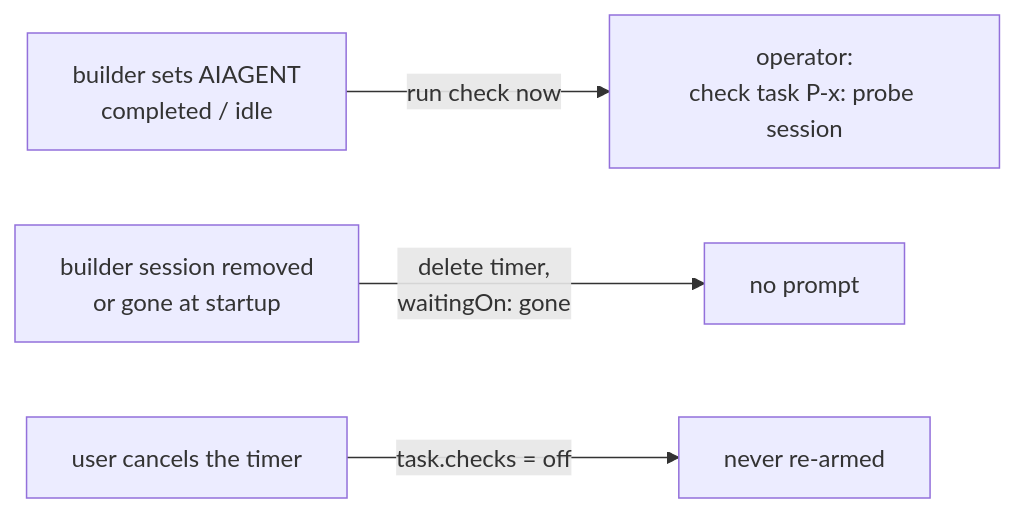
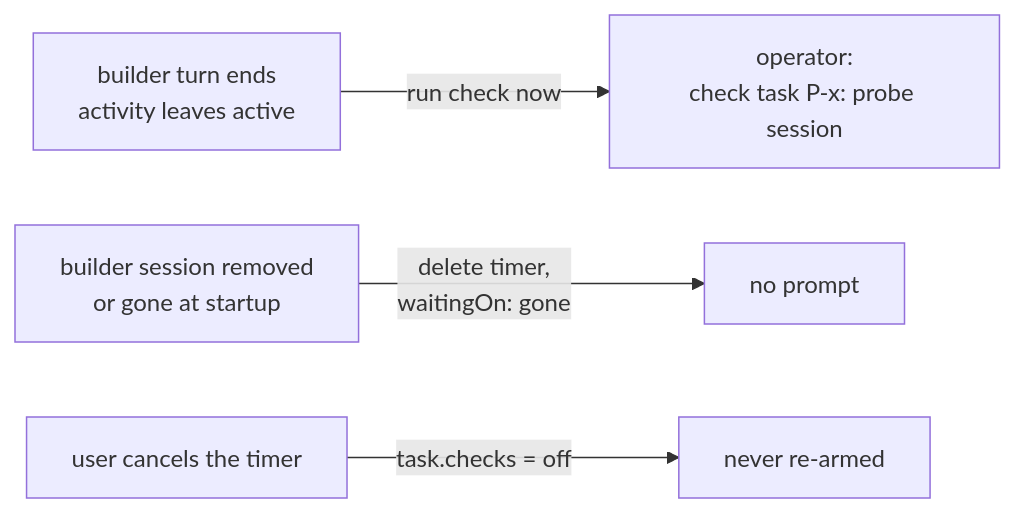
One commit to PetePeter/helm changed diagram 14 of 15 in docs/voice-operator.md. Above: the diagram before and after it, drawn with Mermaid. The commit also changed 59 other files, not shown here.

First line of the commit message:
refactor: remove AIAGENT state; turn-ended activity drives alerts

````diff
--- a/docs/voice-operator.md
+++ b/docs/voice-operator.md
@@ -678,6 +678,6 @@
 ```mermaid
 graph LR
-    B[builder sets AIAGENT<br/>completed / idle] -->|run check now| O[operator:<br/>check task P-x: probe session]
+    B[builder turn ends<br/>activity leaves active] -->|run check now| O[operator:<br/>check task P-x: probe session]
     R[builder session removed<br/>or gone at startup] -->|delete timer,<br/>waitingOn: gone| X[no prompt]
     C[user cancels the timer] -->|task.checks = off| N[never re-armed]
 ```
````
